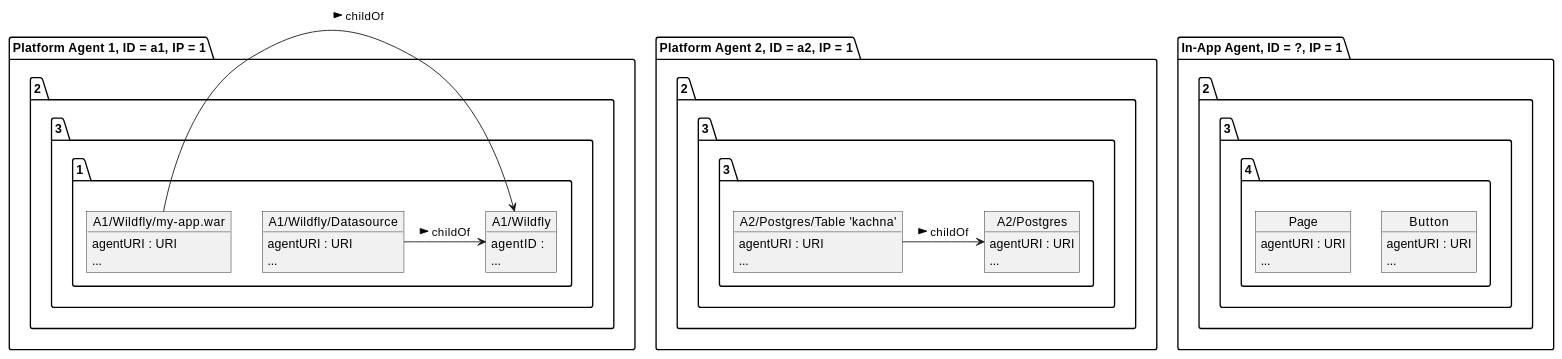
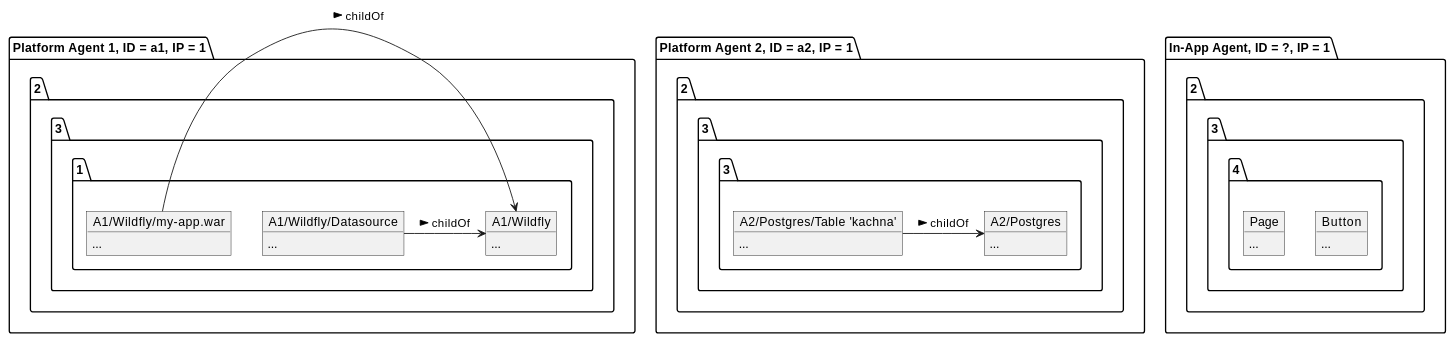
The eighth of 11 diagrams in doc/architecture.adoc (metlos/rhq.next-thoughts), drawn with PlantUML before and after one commit. The commit also changed other lines of this file, not shown here.

Commit message:
Updates to introduction, discovery workflow and wrote agent identity chapter.

```diff
--- a/doc/architecture.adoc
+++ b/doc/architecture.adoc
@@ -352,50 +347,43 @@
 [plantuml, discovery-queue-3]
 ....
 
 package "Platform Agent 1, ID = a1, IP = 1.2.3.1" {
     object "A1/Wildfly" as pa1Wfly {
-        agentID : 
         ...
     }
 
     object "A1/Wildfly/Datasource" as pa1DS {
-        agentURI : URI
         ...
     }
 
     object "A1/Wildfly/my-app.war" as pa1War {
-        agentURI : URI
         ...
     }
 
     pa1DS -> pa1Wfly : childOf >
     pa1War -> pa1Wfly  : childOf >
 }
 
 package "Platform Agent 2, ID = a2, IP = 1.2.3.3" {
     object "A2/Postgres" as pa2Postgres {
-        agentURI : URI
         ...
     }
 
     object "A2/Postgres/Table 'kachna'" as pa2Kachna {
-        agentURI : URI
         ...
     }
 
     pa2Kachna -> pa2Postgres : childOf >
 }
 
 package "In-App Agent, ID = ?, IP = 1.2.3.4" {
     object "Button" as iaBtn {
-        agentURI : URI
         ...
     }
 
     object "Page" as iaPage {
-        agentURI : URI
         ...
     }
 }
 
 ....
```
